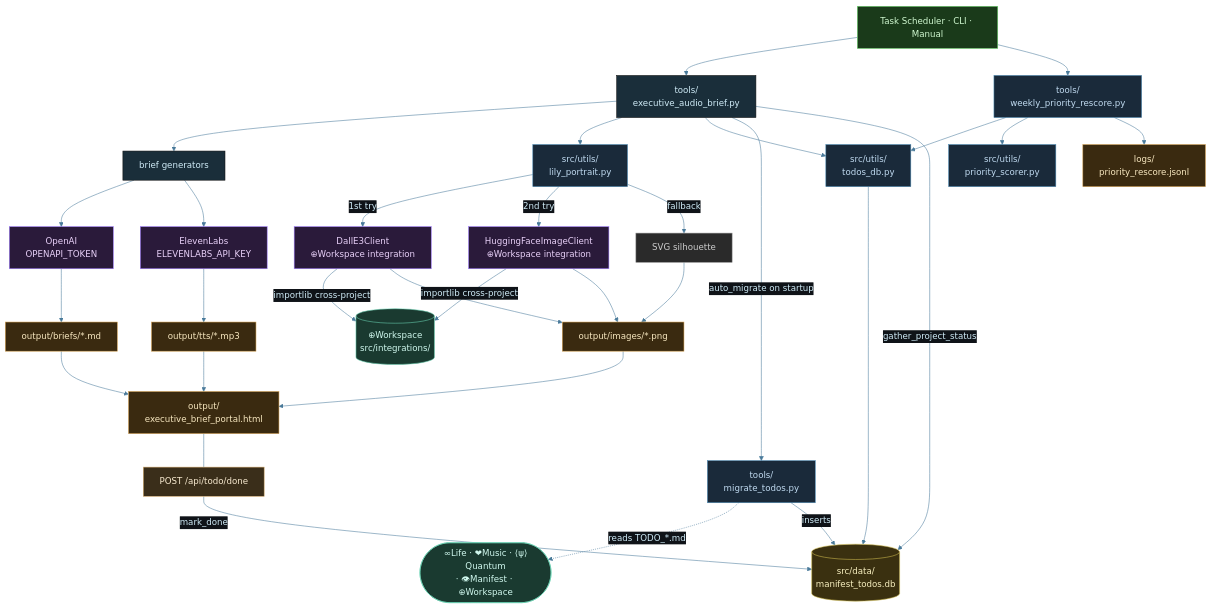
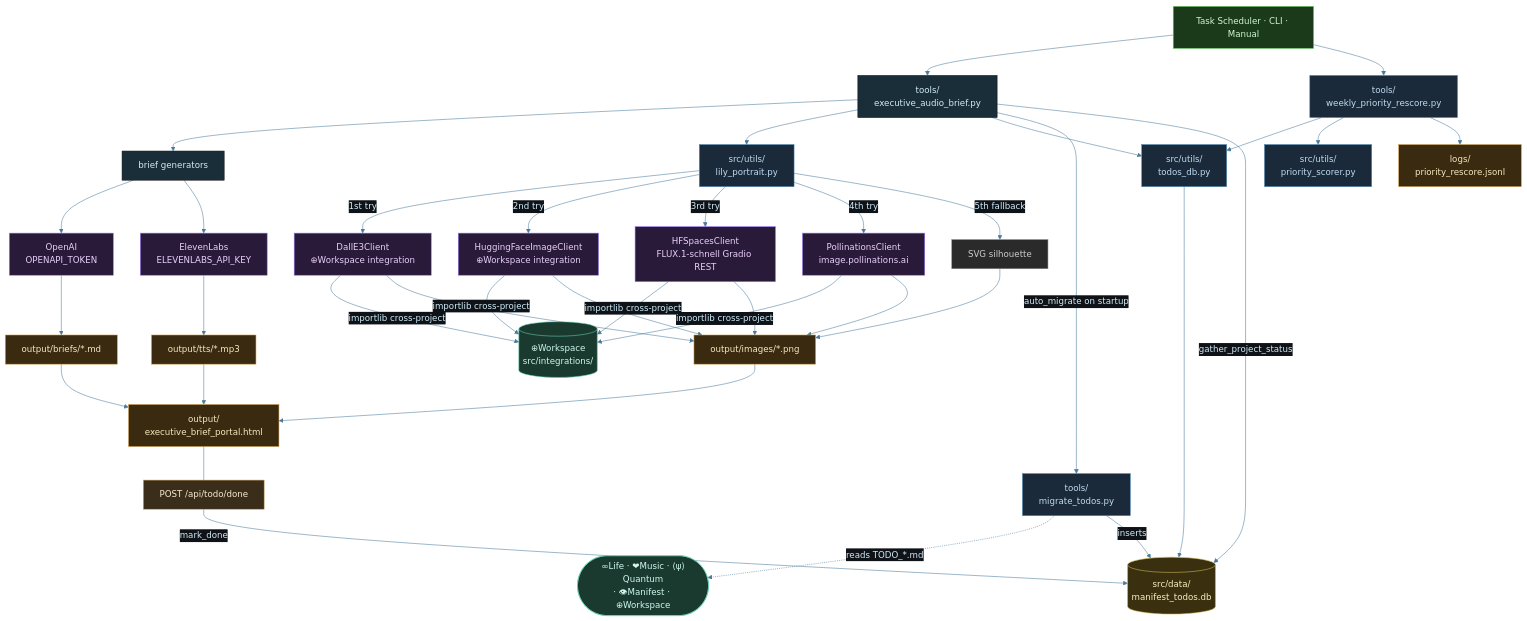
The diagram in diagrams/manifest-architecture.mmd (tylerdrakemusic/-Workspace), drawn with Mermaid before and after one commit. The commit also changed 5 other files, not shown here.

First line of the commit message:
chore: nit fixes + diagram updates [FR-20260525-image-cascade-restore]

```diff
--- a/diagrams/manifest-architecture.mmd
+++ b/diagrams/manifest-architecture.mmd
@@ -1,70 +1,76 @@
 %%{init: {'theme': 'base', 'themeVariables': {'primaryColor': '#1a2e3a', 'primaryTextColor': '#d0ecf8', 'edgeLabelBackground': '#0f1318', 'lineColor': '#4a7a9a'}}}%%
 graph TB
     Triggers[Task Scheduler · CLI · Manual] --> Tools[tools/<br/>executive_audio_brief.py]
     Tools --> Briefs[brief generators]
     Tools --> LilyPortrait[src/utils/<br/>lily_portrait.py]
     Briefs --> OpenAI[OpenAI<br/>OPENAPI_TOKEN]
     Briefs --> ElevenLabs[ElevenLabs<br/>ELEVENLABS_API_KEY]
     LilyPortrait -->|1st try| DallE3[DallE3Client<br/>⊕Workspace integration]
     LilyPortrait -->|2nd try| HFImage[HuggingFaceImageClient<br/>⊕Workspace integration]
-    LilyPortrait -->|fallback| SVGFallback[SVG silhouette]
+    LilyPortrait -->|3rd try| HFSpaces[HFSpacesClient<br/>FLUX.1-schnell Gradio REST]
+    LilyPortrait -->|4th try| Pollinations[PollinationsClient<br/>image.pollinations.ai]
+    LilyPortrait -->|5th fallback| SVGFallback[SVG silhouette]
     DallE3 -->|importlib cross-project| WSIntegrations[(⊕Workspace<br/>src/integrations/)]
     HFImage -->|importlib cross-project| WSIntegrations
+    HFSpaces -->|importlib cross-project| WSIntegrations
+    Pollinations -->|importlib cross-project| WSIntegrations
     DallE3 --> ImagesOut[output/images/*.png]
     HFImage --> ImagesOut
+    HFSpaces --> ImagesOut
+    Pollinations --> ImagesOut
     SVGFallback --> ImagesOut
     ImagesOut --> Portal[output/<br/>executive_brief_portal.html]
     OpenAI --> TextOut[output/briefs/*.md]
     ElevenLabs --> AudioOut[output/tts/*.mp3]
     TextOut --> Portal
     AudioOut --> Portal
     %% PR#12 – todos DB
     TodosUtil[src/utils/<br/>todos_db.py]
     TodosDB[(src/data/<br/>manifest_todos.db)]
     MigrateScript[tools/<br/>migrate_todos.py]
     AllProjects([∞Life · ❤Music · ⟨ψ⟩Quantum<br/>· 👁Manifest · ⊕Workspace])
     TodoDoneAPI[POST /api/todo/done]
     Tools --> TodosUtil
     TodosUtil --> TodosDB
     MigrateScript -.->|reads TODO_*.md| AllProjects
     MigrateScript -->|inserts| TodosDB
     Tools -->|auto_migrate on startup| MigrateScript
     Tools -->|gather_project_status| TodosDB
     Portal --- TodoDoneAPI
     TodoDoneAPI -->|mark_done| TodosDB
     %% FR-20260524 – priority auto-rescorer
     RescorerTool[tools/<br/>weekly_priority_rescore.py]
     PriorityScorer[src/utils/<br/>priority_scorer.py]
     RescorerLog[logs/<br/>priority_rescore.jsonl]
     Triggers --> RescorerTool
     RescorerTool --> TodosUtil
     RescorerTool --> PriorityScorer
     RescorerTool --> RescorerLog
     class TodosDB db
     class TodosUtil,MigrateScript util
     class AllProjects ws
     class TodoDoneAPI manifest
     class Triggers trig
-    class OpenAI,ElevenLabs,DallE3,HFImage api
+    class OpenAI,ElevenLabs,DallE3,HFImage,HFSpaces,Pollinations api
     class TextOut,AudioOut,Portal,ImagesOut out
     class WSIntegrations ws
     class LilyPortrait util
     class SVGFallback fallback
     class RescorerTool util
     class PriorityScorer util
     class RescorerLog out
 
 classDef life     fill:#1a2e3a,stroke:#6ab4d4,color:#d0ecf8
 classDef music    fill:#3a1a24,stroke:#d47a8f,color:#f8d0dc
 classDef quantum  fill:#251a3a,stroke:#a07adf,color:#e8d0f8
 classDef manifest fill:#3a2e1a,stroke:#d4a96a,color:#f8ead0
 classDef ws       fill:#1a3a30,stroke:#6ad4b4,color:#d0f8ee
 classDef tyler    fill:#2a1a3a,stroke:#9e4aff,color:#fff
 classDef ext      fill:#3a2020,stroke:#ff7a7a,color:#ffd0d0
 classDef db       fill:#3a3010,stroke:#d4c050,color:#f8f0c0
 classDef state    fill:#1a1a1a,stroke:#888888,color:#cccccc
 classDef api      fill:#2a1a3a,stroke:#9e7aff,color:#e8d0f8
 classDef trig     fill:#1a3a1a,stroke:#6ad46a,color:#d0f8d0
 classDef out      fill:#3a2a10,stroke:#d4a050,color:#f8e8c0
 classDef util     fill:#1a2a3a,stroke:#4a8ab4,color:#c0daf0
 classDef fallback fill:#2a2a2a,stroke:#888888,color:#cccccc
```
